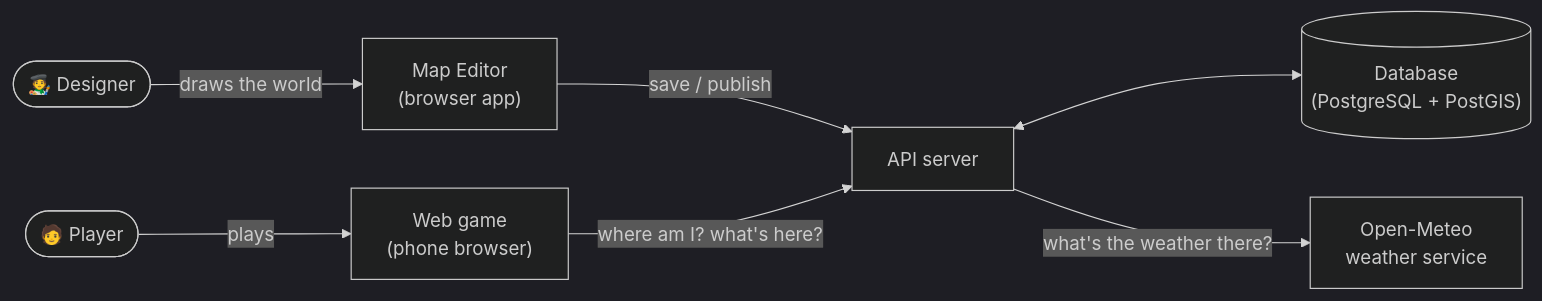
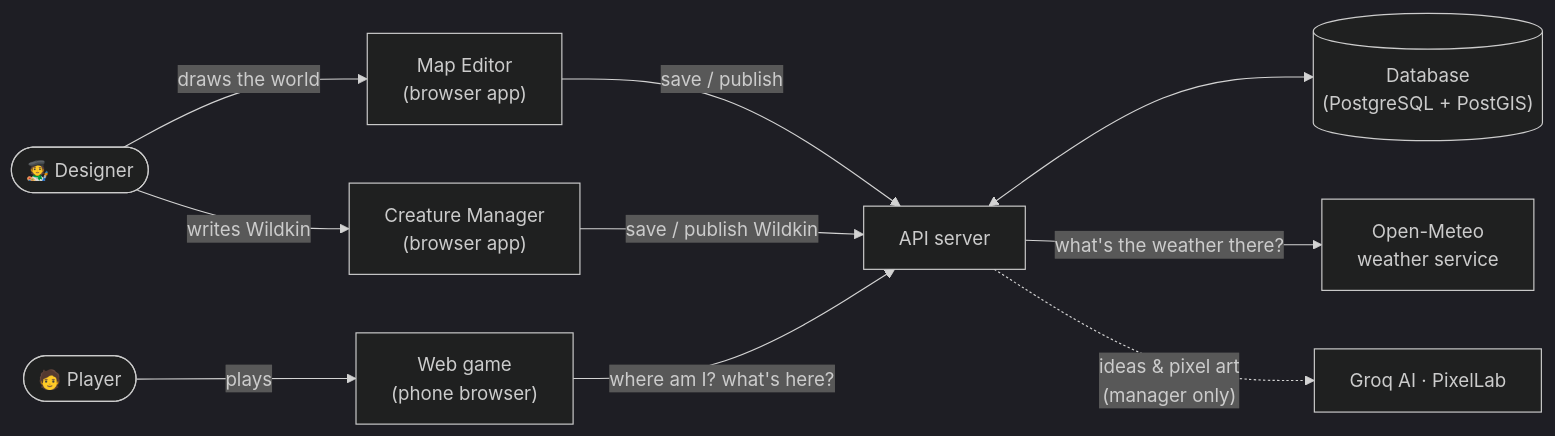
Before and after one commit to samceracas/wildbound: the second of 4 diagrams in docs/00-plain-english-overview.md, drawn with Mermaid (dark theme). The commit also changed other lines of this file and 21 other files, not shown here.

````diff
--- a/docs/00-plain-english-overview.md
+++ b/docs/00-plain-english-overview.md
@@ -33,9 +34,12 @@
 ```mermaid
 flowchart LR
     Designer(["🧑‍🎨 Designer"]) -- draws the world --> Editor["Map Editor<br/>(browser app)"]
+    Designer -- writes Wildkin --> Manager["Creature Manager<br/>(browser app)"]
     Player(["🧑 Player"]) -- plays --> Game["Web game<br/>(phone browser)"]
     Editor -- "save / publish" --> API["API server"]
+    Manager -- "save / publish Wildkin" --> API
     Game -- "where am I? what's here?" --> API
     API <--> DB[("Database<br/>(PostgreSQL + PostGIS)")]
     API -- "what's the weather there?" --> Weather["Open-Meteo<br/>weather service"]
+    API -. "ideas & pixel art<br/>(manager only)" .-> AI["Groq AI · PixelLab"]
 ```
````
